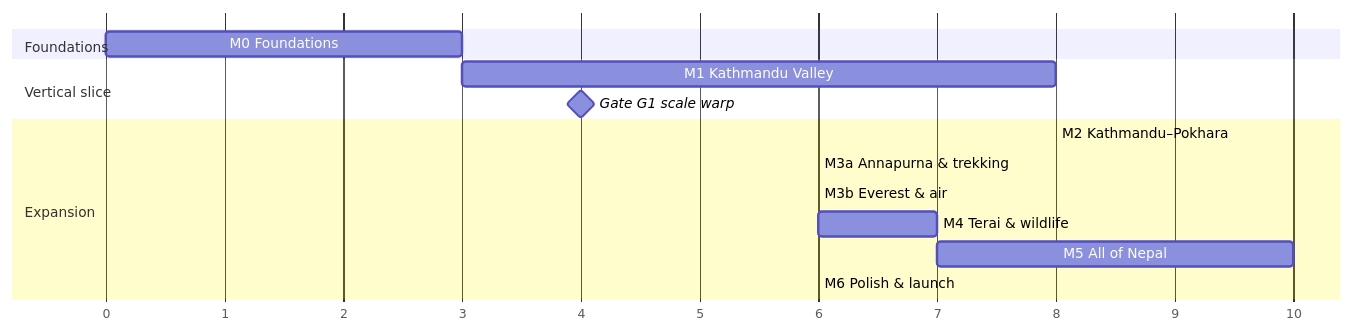
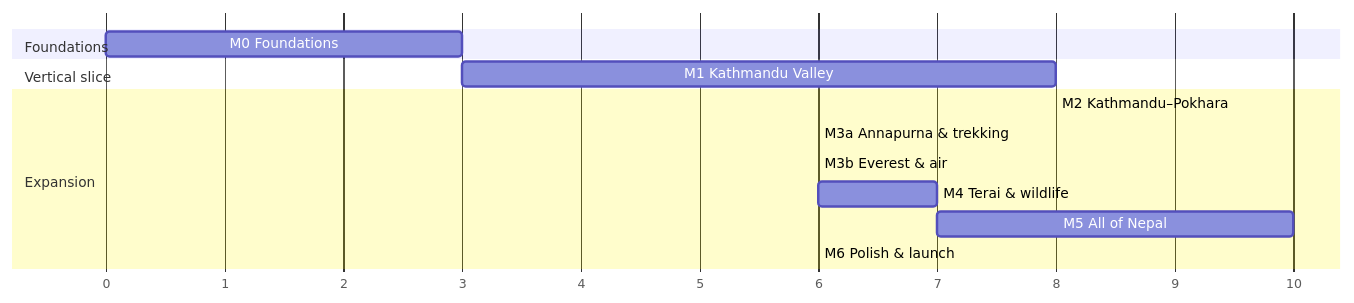
Before and after one commit to dipeshkoirala21/bookish-winner: the diagram in docs/ROADMAP.md, drawn with Mermaid. The commit also changed other lines of this file and 4 other files, not shown here.

````diff
--- a/docs/ROADMAP.md
+++ b/docs/ROADMAP.md
@@ -12,17 +12,16 @@
 ```mermaid
 gantt
   dateFormat  X
   axisFormat %s
   section Foundations
   M0 Foundations            :m0, 0, 3
   section Vertical slice
   M1 Kathmandu Valley       :m1, after m0, 8
-  Gate G1 scale warp        :milestone, g1, after m1, 0
   section Expansion
   M2 Kathmandu–Pokhara      :m2, after m1, 8
   M3a Annapurna & trekking  :m3a, after m2, 6
   M3b Everest & air         :m3b, after m3a, 6
   M4 Terai & wildlife       :m4, after m3b, 7
   M5 All of Nepal           :m5, after m4, 10
   M6 Polish & launch        :m6, after m5, 6
 ```
````
